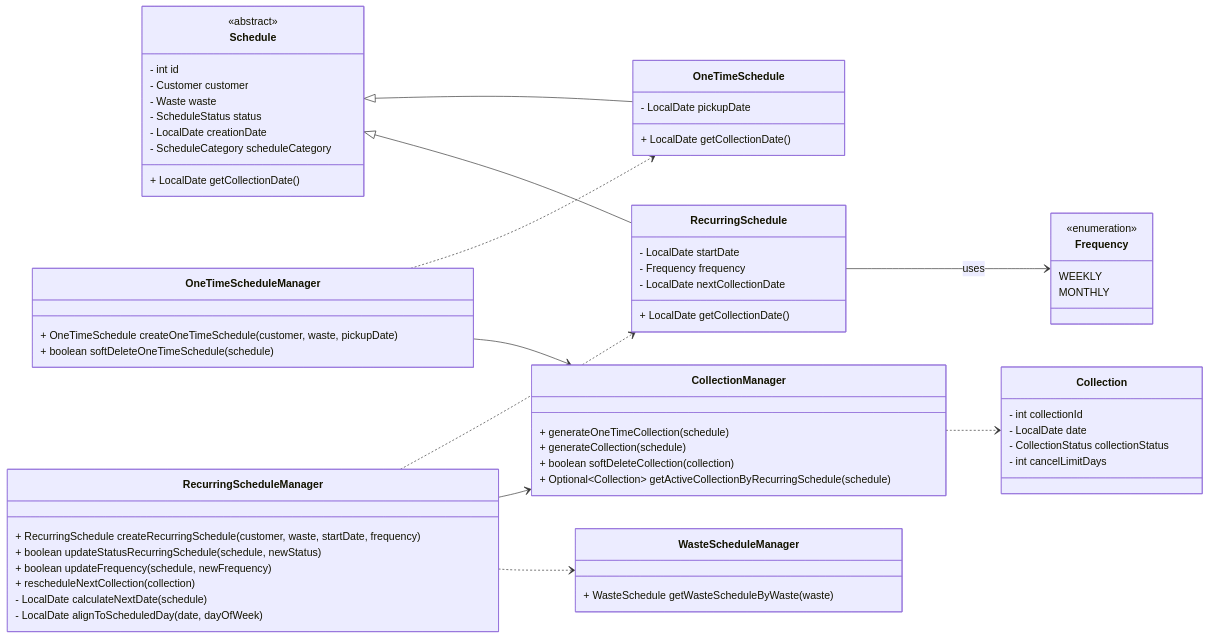
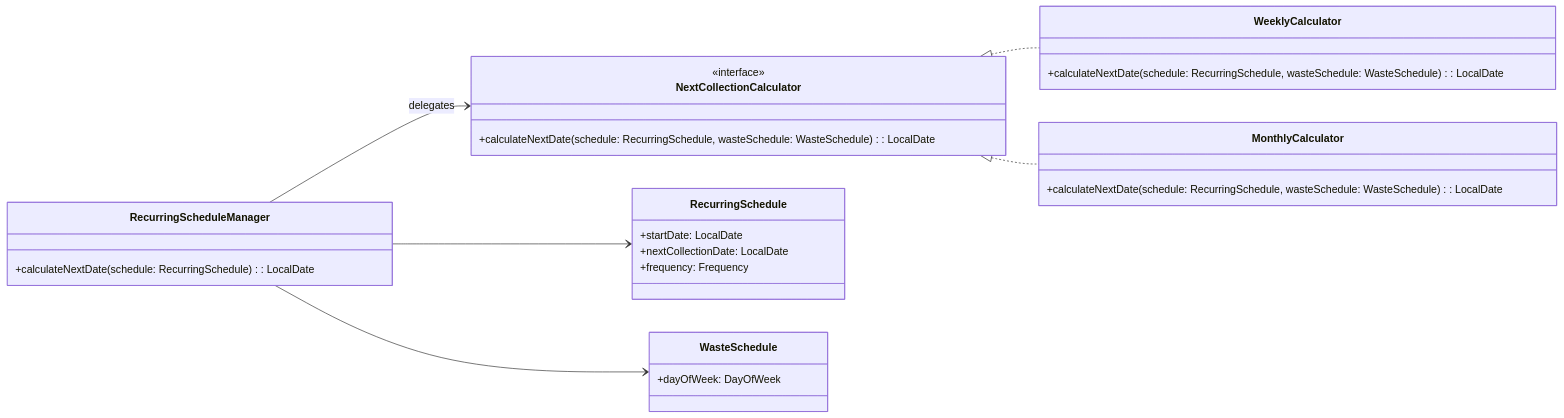
One commit to Alex-Cambrini/pss24-25-WasteMaster-Cambrini-Ferrari-Ragazzini changed the ninth of 13 diagrams in report.md. Above: the diagram before and after it, drawn with Mermaid. The commit also changed other lines of this file, not shown here.

Commit message:
refactor: improve detailed design for collection scheduling and management

````diff
--- a/report.md
+++ b/report.md
@@ -564,78 +501,37 @@
 ```mermaid
 classDiagram
-direction LR
+    direction LR
 
-class Schedule {
-  <<abstract>>
-  - int id
-  - Customer customer
-  - Waste waste
-  - ScheduleStatus status
-  - LocalDate creationDate
-  - ScheduleCategory scheduleCategory
-  + LocalDate getCollectionDate()
-}
+    class RecurringScheduleManager {
+        +calculateNextDate(schedule: RecurringSchedule): LocalDate
+    }
 
-class OneTimeSchedule {
-  - LocalDate pickupDate
-  + LocalDate getCollectionDate()
-}
+    class NextCollectionCalculator {
+        <<interface>>
+        +calculateNextDate(schedule: RecurringSchedule, wasteSchedule: WasteSchedule): LocalDate
+    }
 
-class RecurringSchedule {
-  - LocalDate startDate
-  - Frequency frequency
-  - LocalDate nextCollectionDate
-  + LocalDate getCollectionDate()
-}
+    class WeeklyCalculator {
+        +calculateNextDate(schedule: RecurringSchedule, wasteSchedule: WasteSchedule): LocalDate
+    }
 
-class Collection {
-  - int collectionId
-  - LocalDate date
-  - CollectionStatus collectionStatus
-  - int cancelLimitDays
-}
+    class MonthlyCalculator {
+        +calculateNextDate(schedule: RecurringSchedule, wasteSchedule: WasteSchedule): LocalDate
+    }
 
-class Frequency {
-  <<enumeration>>
-  WEEKLY
-  MONTHLY
-}
+    class RecurringSchedule {
+        +startDate: LocalDate
+        +nextCollectionDate: LocalDate
+        +frequency: Frequency
+    }
 
-class OneTimeScheduleManager {
-  + OneTimeSchedule createOneTimeSchedule(customer, waste, pickupDate)
-  + boolean softDeleteOneTimeSchedule(schedule)
-}
+    class WasteSchedule {
+        +dayOfWeek: DayOfWeek
+    }
 
-class RecurringScheduleManager {
-  + RecurringSchedule createRecurringSchedule(customer, waste, startDate, frequency)
-  + boolean updateStatusRecurringSchedule(schedule, newStatus)
-  + boolean updateFrequency(schedule, newFrequency)
-  + rescheduleNextCollection(collection)
-  - LocalDate calculateNextDate(schedule)
-  - LocalDate alignToScheduledDay(date, dayOfWeek)
-}
-
-class CollectionManager {
-  + generateOneTimeCollection(schedule)
-  + generateCollection(schedule)
-  + boolean softDeleteCollection(collection)
-  + Optional~Collection~ getActiveCollectionByRecurringSchedule(schedule)
-}
-
-class WasteScheduleManager {
-  + WasteSchedule getWasteScheduleByWaste(waste)
-}
-
-Schedule <|-- OneTimeSchedule
-Schedule <|-- RecurringSchedule
-
-RecurringSchedule --> Frequency : uses
-
-RecurringScheduleManager ..> RecurringSchedule
-OneTimeScheduleManager ..> OneTimeSchedule
-CollectionManager ..> Collection
-
-RecurringScheduleManager --> CollectionManager
-OneTimeScheduleManager --> CollectionManager
-RecurringScheduleManager ..> WasteScheduleManager
+    RecurringScheduleManager --> NextCollectionCalculator : delegates
+    NextCollectionCalculator <|.. WeeklyCalculator
+    NextCollectionCalculator <|.. MonthlyCalculator
+    RecurringScheduleManager --> RecurringSchedule
+    RecurringScheduleManager --> WasteSchedule
 ```
````
